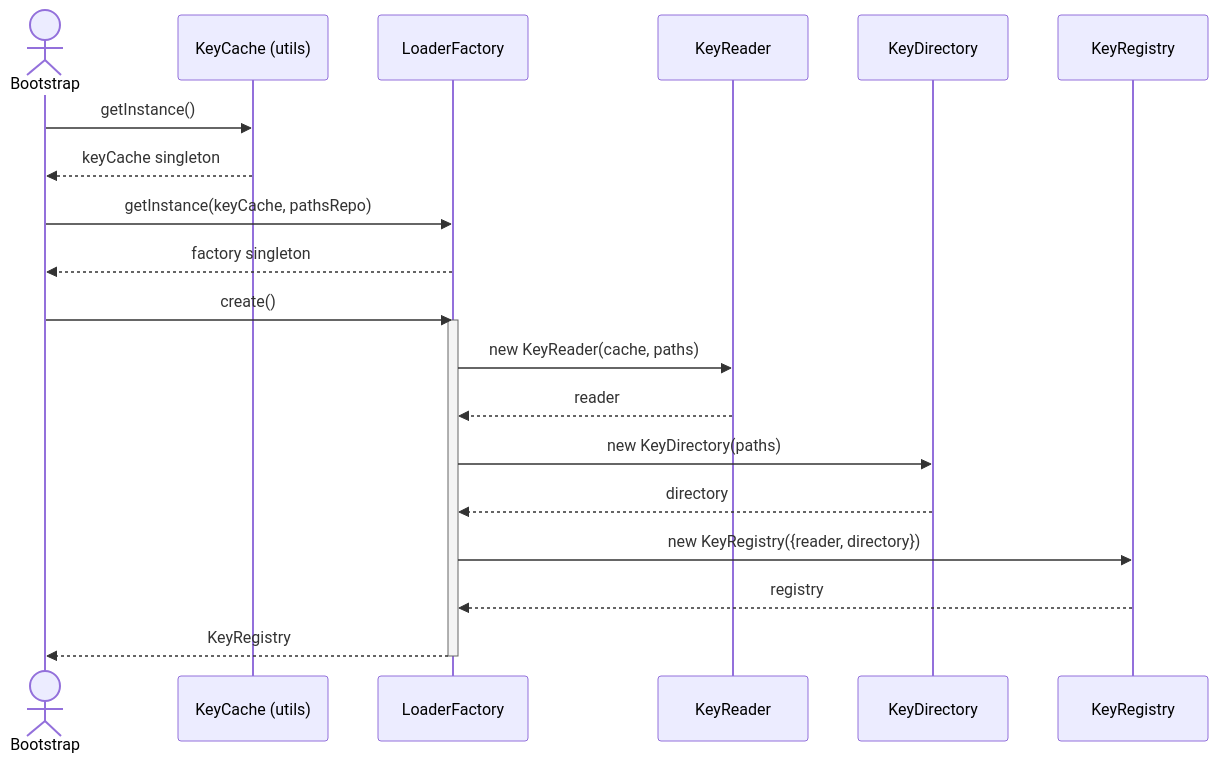
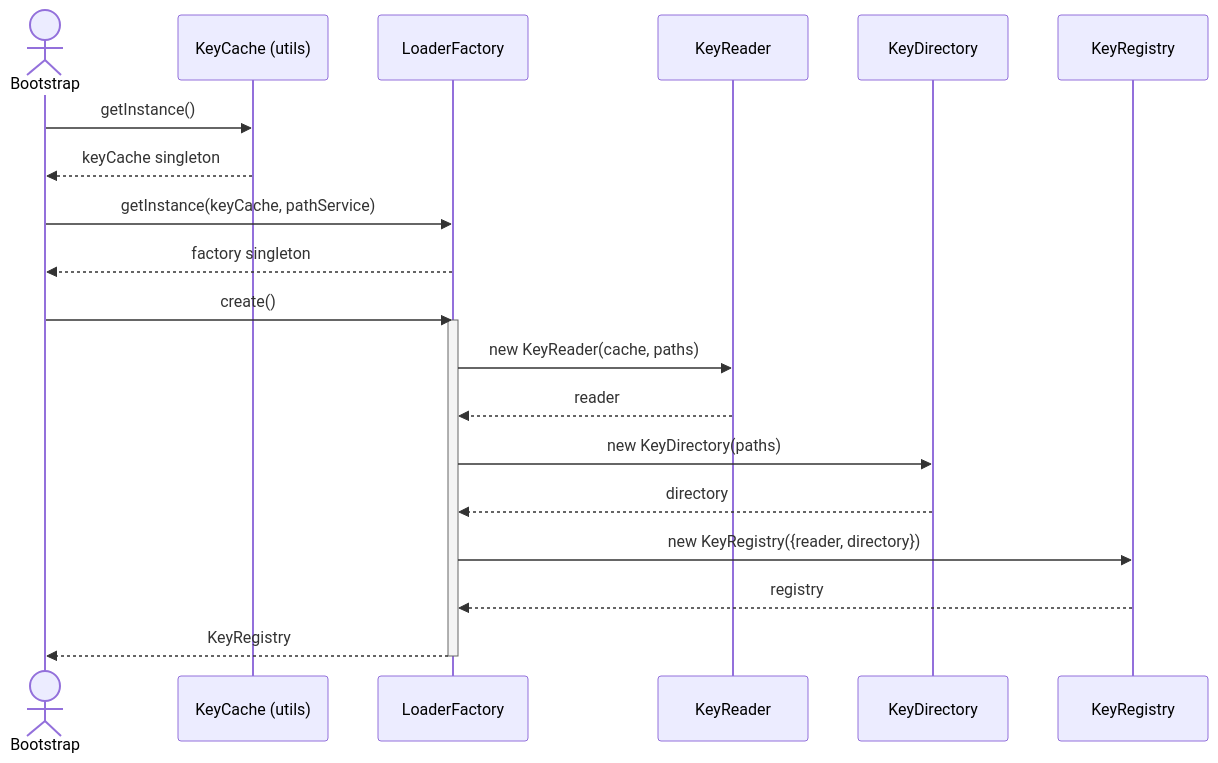
The third of 7 diagrams in docs/generated/domain/key-manager/loader/structure.md (itsGurdevSingh/vault), drawn with Mermaid before and after one commit. The commit also changed other lines of this file and 17 other files, not shown here.

First line of the commit message:
refactor: rename pathsRepo to pathService and update related references

````diff
--- a/docs/generated/domain/key-manager/loader/structure.md
+++ b/docs/generated/domain/key-manager/loader/structure.md
@@ -334,30 +334,30 @@
 ```mermaid
 sequenceDiagram
     actor Bootstrap
     participant Cache as KeyCache (utils)
     participant Factory as LoaderFactory
     participant Reader as KeyReader
     participant Directory as KeyDirectory
     participant Registry as KeyRegistry
 
     Bootstrap->>Cache: getInstance()
     Cache-->>Bootstrap: keyCache singleton
 
-    Bootstrap->>Factory: getInstance(keyCache, pathsRepo)
+    Bootstrap->>Factory: getInstance(keyCache, pathService)
     Factory-->>Bootstrap: factory singleton
 
     Bootstrap->>Factory: create()
     activate Factory
 
     Factory->>Reader: new KeyReader(cache, paths)
     Reader-->>Factory: reader
 
     Factory->>Directory: new KeyDirectory(paths)
     Directory-->>Factory: directory
 
     Factory->>Registry: new KeyRegistry({reader, directory})
     Registry-->>Factory: registry
 
     Factory-->>Bootstrap: KeyRegistry
     deactivate Factory
 ```
````
